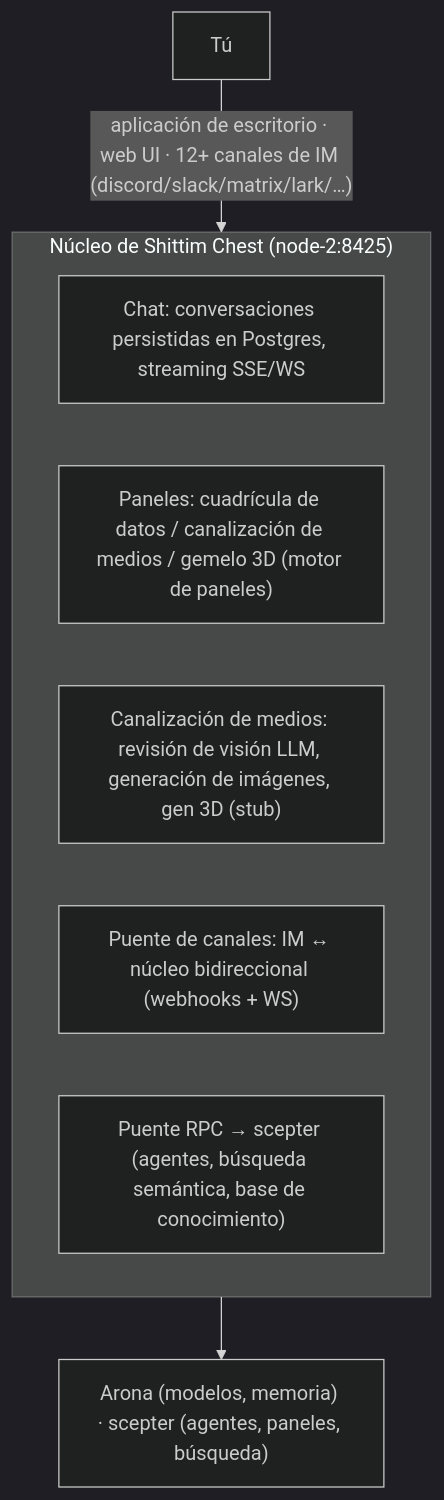
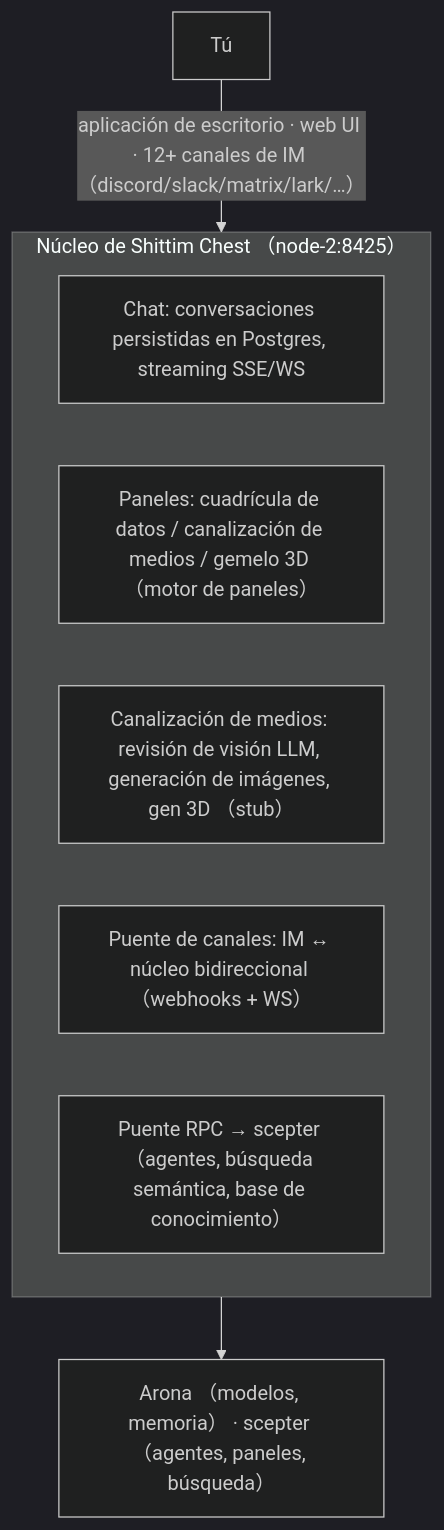
The diagram in docs/es/platforms/chest.md (celestia-island/docs.celestia.world), drawn with Mermaid (dark theme) before and after one commit. The commit also changed 35 other files, not shown here.

First line of the commit message:
📝 Convert ASCII parentheses in mermaid fences to fullwidth across languages. (#96)

````diff
--- a/docs/es/platforms/chest.md
+++ b/docs/es/platforms/chest.md
@@ -12,13 +12,13 @@
 ```mermaid
 flowchart TD
     C["Tú"]
-    subgraph G["Núcleo de Shittim Chest (node-2:8425)"]
+    subgraph G["Núcleo de Shittim Chest （node-2:8425）"]
         N0["Chat: conversaciones persistidas en Postgres, streaming SSE/WS"]
-        N1["Paneles: cuadrícula de datos / canalización de medios / gemelo 3D (motor de paneles)"]
-        N2["Canalización de medios: revisión de visión LLM, generación de imágenes, gen 3D (stub)"]
-        N3["Puente de canales: IM ↔ núcleo bidireccional (webhooks + WS)"]
-        N4["Puente RPC → scepter (agentes, búsqueda semántica, base de conocimiento)"]
+        N1["Paneles: cuadrícula de datos / canalización de medios / gemelo 3D （motor de paneles）"]
+        N2["Canalización de medios: revisión de visión LLM, generación de imágenes, gen 3D （stub）"]
+        N3["Puente de canales: IM ↔ núcleo bidireccional （webhooks + WS）"]
+        N4["Puente RPC → scepter （agentes, búsqueda semántica, base de conocimiento）"]
     end
-    C -->|"aplicación de escritorio · web UI · 12+ canales de IM (discord/slack/matrix/lark/…)"| G
-    G --> B["Arona (modelos, memoria) · scepter (agentes, paneles, búsqueda)"]
+    C -->|"aplicación de escritorio · web UI · 12+ canales de IM （discord/slack/matrix/lark/…）"| G
+    G --> B["Arona （modelos, memoria） · scepter （agentes, paneles, búsqueda）"]
 ```
````
